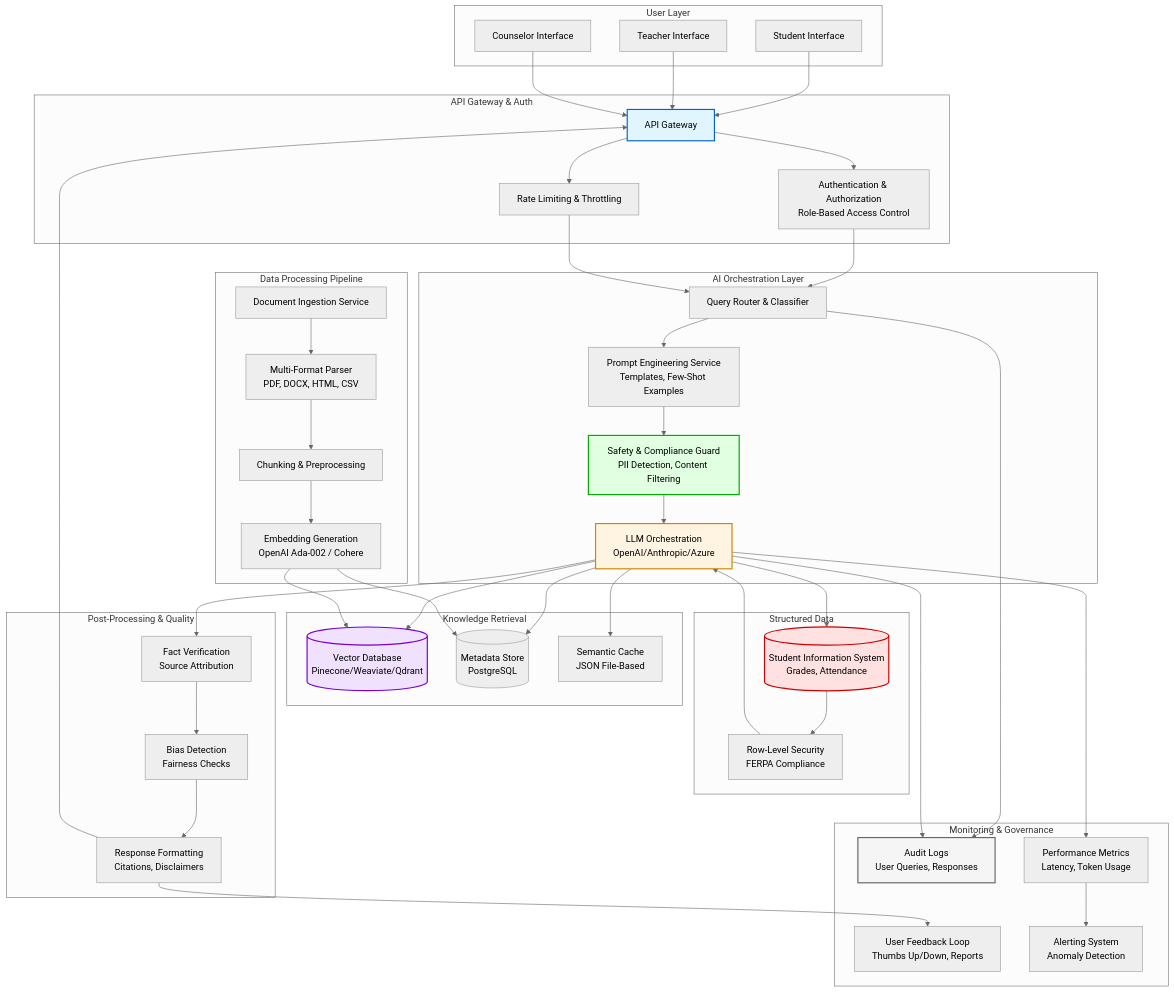
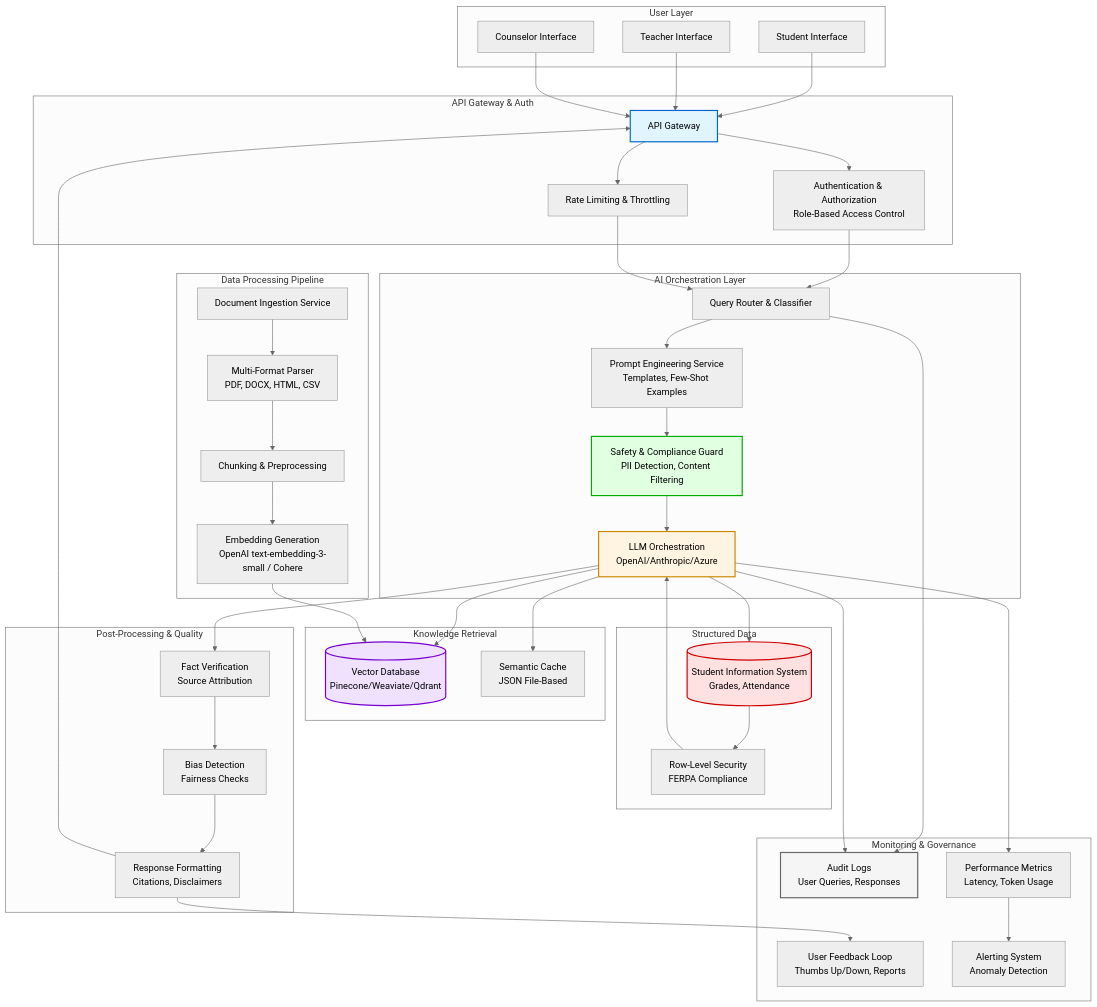
The diagram in ARCHITECTURE.md (kbwillia/sparq-takehome), drawn with Mermaid (neutral theme) before and after one commit. The commit also changed other lines of this file and 4 other files, not shown here.

Commit message:
Update embedding model references in documentation to OpenAI text-embedding-3-small

```diff
--- a/ARCHITECTURE.md
+++ b/ARCHITECTURE.md
@@ -29,12 +29,11 @@
         Ingest[Document Ingestion Service]
         Parser[Multi-Format Parser<br/>PDF, DOCX, HTML, CSV]
         Chunk[Chunking & Preprocessing]
-        Embed[Embedding Generation<br/>OpenAI Ada-002 / Cohere]
+        Embed[Embedding Generation<br/>OpenAI text-embedding-3-small / Cohere]
     end
 
     subgraph "Knowledge Retrieval"
         VectorDB[(Vector Database<br/>Pinecone/Weaviate/Qdrant)]
-        MetaDB[(Metadata Store<br/>PostgreSQL)]
         Cache[Semantic Cache<br/>JSON File-Based]
     end
 
@@ -70,7 +69,6 @@
     Guard --> LLMOrch
 
     LLMOrch --> VectorDB
-    LLMOrch --> MetaDB
     LLMOrch --> Cache
     LLMOrch --> StudentDB
 
@@ -81,7 +79,6 @@
     Parser --> Chunk
     Chunk --> Embed
     Embed --> VectorDB
-    Embed --> MetaDB
 
     LLMOrch --> FactCheck
     FactCheck --> Bias
```
